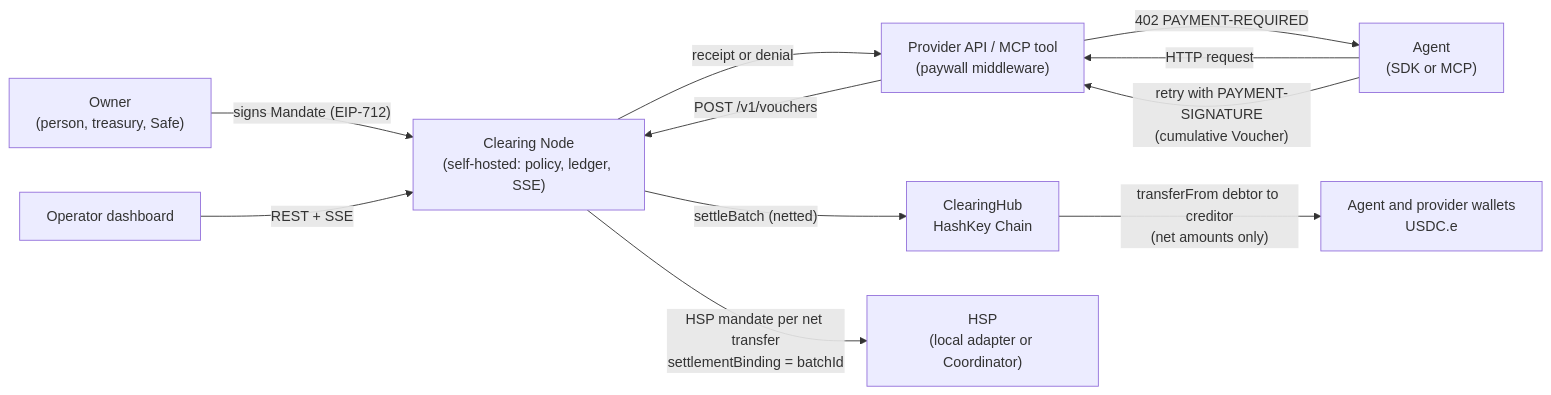
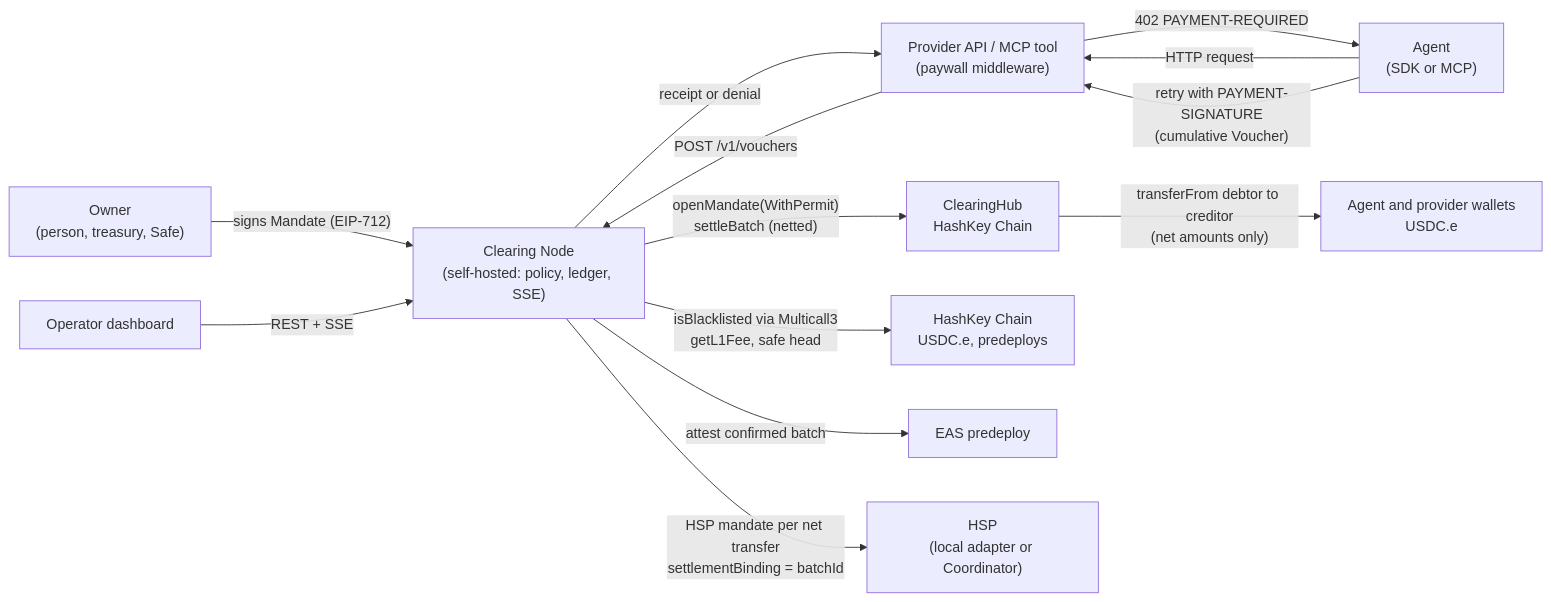
The diagram in docs/ARCHITECTURE.md (sagarjethi/payminto-clearing), drawn with Mermaid before and after one commit. The commit also changed other lines of this file and 7 other files, not shown here.

First line of the commit message:
Docs: HashKey Chain finality, permits, blacklist, L1 fee, RPC, Coordinator and EAS

````diff
--- a/docs/ARCHITECTURE.md
+++ b/docs/ARCHITECTURE.md
@@ -5,13 +5,15 @@
 ```mermaid
 flowchart LR
   Owner["Owner<br/>(person, treasury, Safe)"] -- "signs Mandate (EIP-712)" --> Node
   Agent["Agent<br/>(SDK or MCP)"] -- "HTTP request" --> Provider
   Provider["Provider API / MCP tool<br/>(paywall middleware)"] -- "402 PAYMENT-REQUIRED" --> Agent
   Agent -- "retry with PAYMENT-SIGNATURE<br/>(cumulative Voucher)" --> Provider
   Provider -- "POST /v1/vouchers" --> Node
   Node["Clearing Node<br/>(self-hosted: policy, ledger, SSE)"] -- "receipt or denial" --> Provider
-  Node -- "settleBatch (netted)" --> Hub["ClearingHub<br/>HashKey Chain"]
+  Node -- "openMandate(WithPermit)<br/>settleBatch (netted)" --> Hub["ClearingHub<br/>HashKey Chain"]
+  Node -- "isBlacklisted via Multicall3<br/>getL1Fee, safe head" --> Chain["HashKey Chain<br/>USDC.e, predeploys"]
+  Node -- "attest confirmed batch" --> EAS["EAS predeploy"]
   Hub -- "transferFrom debtor to creditor<br/>(net amounts only)" --> Wallets["Agent and provider wallets<br/>USDC.e"]
   Node -- "HSP mandate per net transfer<br/>settlementBinding = batchId" --> HSP["HSP<br/>(local adapter or Coordinator)"]
   Dashboard["Operator dashboard"] -- "REST + SSE" --> Node
 ```
````
